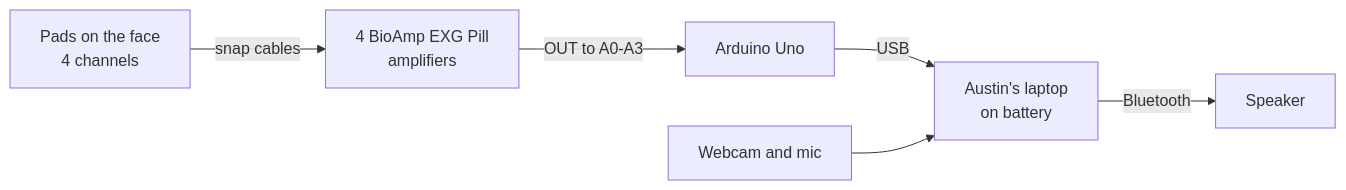
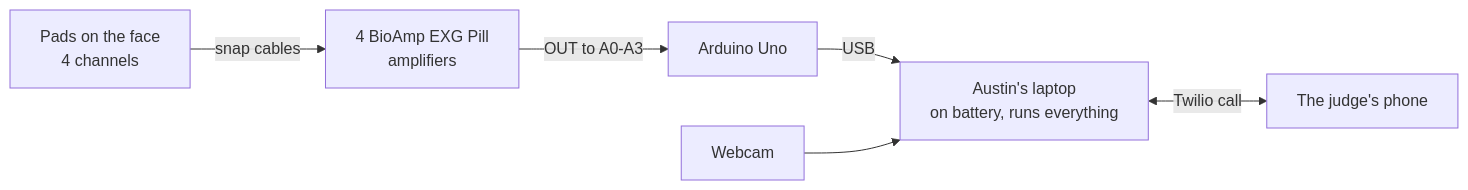
The first of 2 diagrams in HARDWARE.md (thaimtl/Reclaim), drawn with Mermaid before and after one commit. The commit also changed other lines of this file and 100 other files, not shown here.

````diff
--- a/HARDWARE.md
+++ b/HARDWARE.md
@@ -5,8 +5,8 @@
 ```mermaid
 flowchart LR
     P[Pads on the face<br/>4 channels] -->|snap cables| A[4 BioAmp EXG Pill<br/>amplifiers]
     A -->|OUT to A0-A3| U[Arduino Uno]
-    U -->|USB| L[Austin's laptop<br/>on battery]
-    W[Webcam and mic] --> L
-    L -->|Bluetooth| S[Speaker]
+    U -->|USB| L[Austin's laptop<br/>on battery, runs everything]
+    W[Webcam] --> L
+    L <-->|Twilio call| J[The judge's phone]
 ```
````
